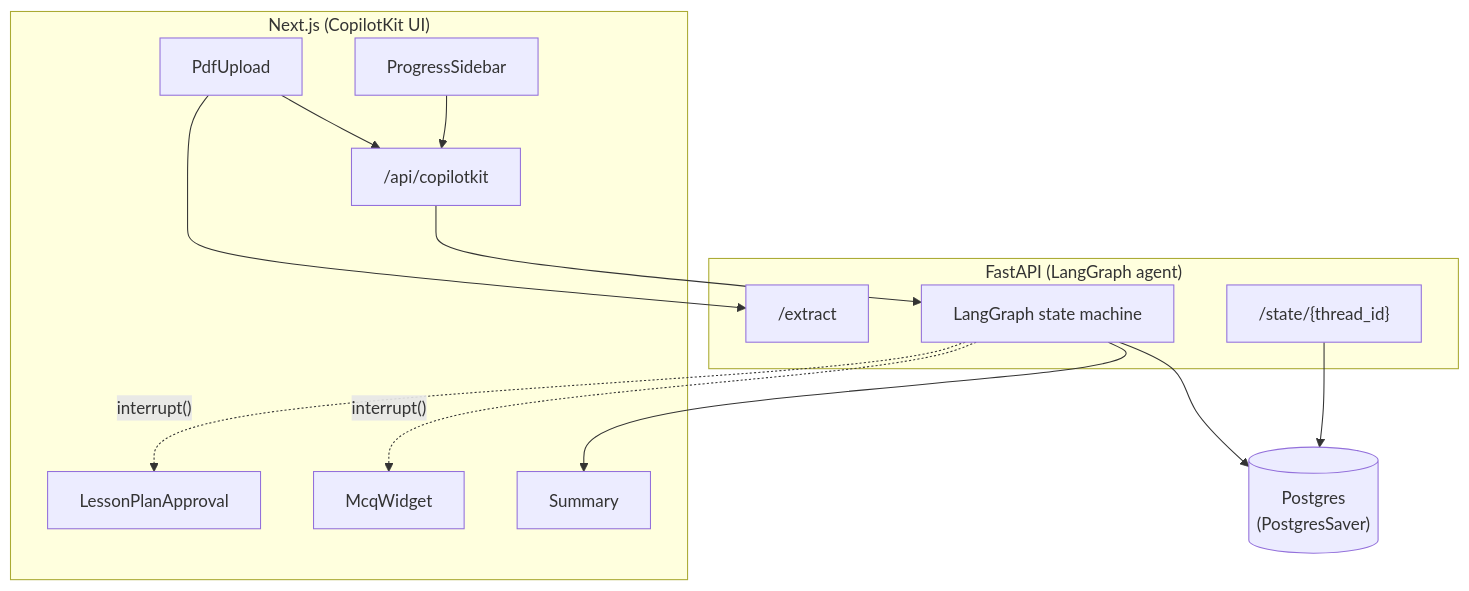
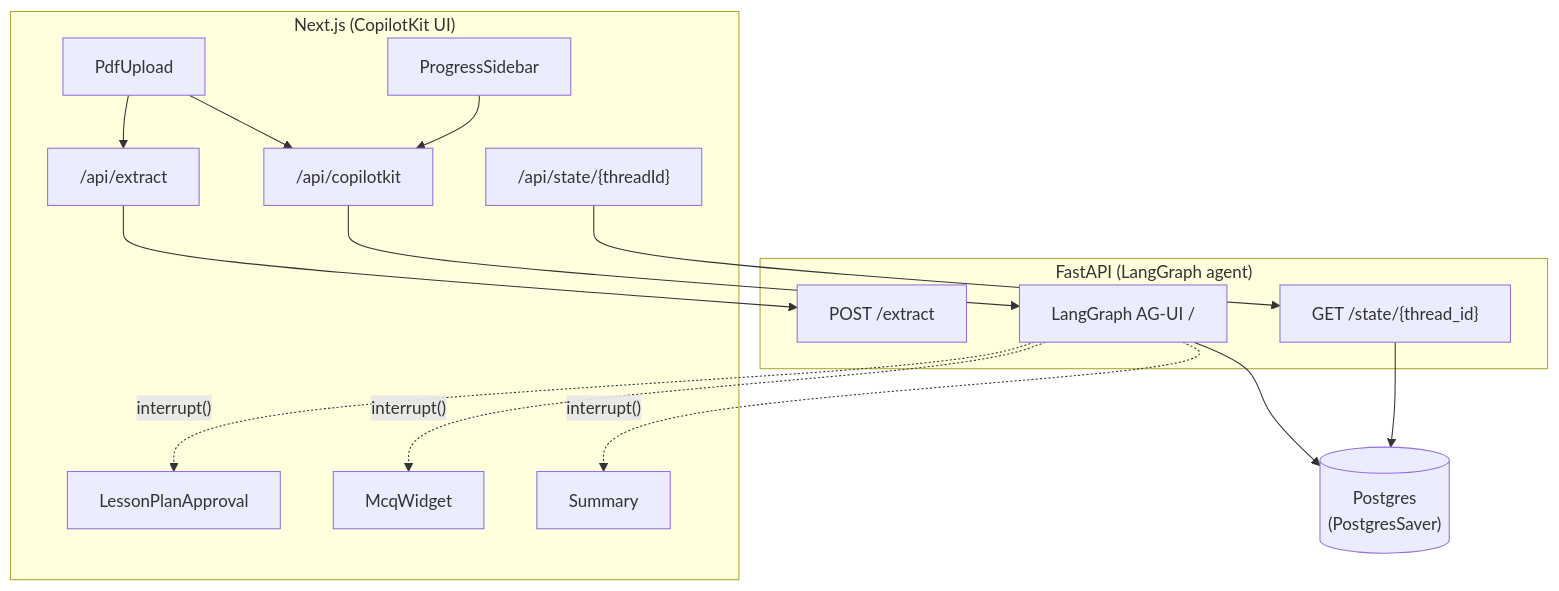
The first of 2 diagrams in README.md (letmerecall/memorang-assessment), drawn with Mermaid before and after one commit. The commit also changed other lines of this file and 4 other files, not shown here.

````diff
--- a/README.md
+++ b/README.md
@@ -12,29 +12,31 @@
 ```mermaid
 flowchart TB
   subgraph frontend["Next.js (CopilotKit UI)"]
     Upload["PdfUpload"]
     Plan["LessonPlanApproval"]
     MCQ["McqWidget"]
     Sidebar["ProgressSidebar"]
-    Summary["Summary"]
+    SummaryUI["Summary"]
     Proxy["/api/copilotkit"]
+    ExtractAPI["/api/extract"]
+    StateAPI["/api/state/{threadId}"]
   end
 
   subgraph agent["FastAPI (LangGraph agent)"]
-    Extract["/extract"]
-    Graph["LangGraph state machine"]
-    State["/state/{thread_id}"]
+    Extract["POST /extract"]
+    Graph["LangGraph AG-UI /"]
+    State["GET /state/{thread_id}"]
   end
 
   DB[("Postgres\n(PostgresSaver)")]
 
-  Upload --> Extract
-  Upload --> Proxy
-  Proxy --> Graph
+  Upload --> ExtractAPI --> Extract
+  Upload --> Proxy --> Graph
+  Sidebar --> Proxy
+  StateAPI --> State
   Graph --> DB
   State --> DB
   Graph -. interrupt() .-> Plan
   Graph -. interrupt() .-> MCQ
-  Sidebar --> Proxy
-  Graph --> Summary
+  Graph -. interrupt() .-> SummaryUI
 ```
````
